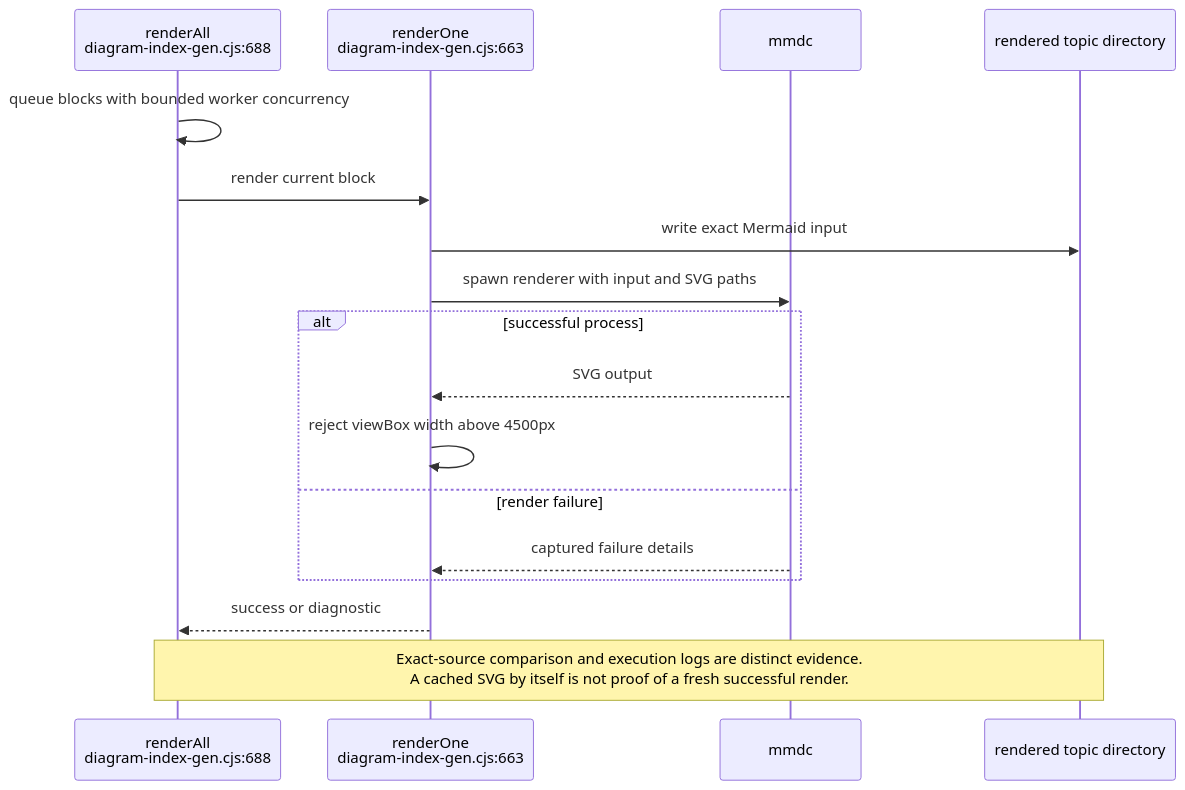
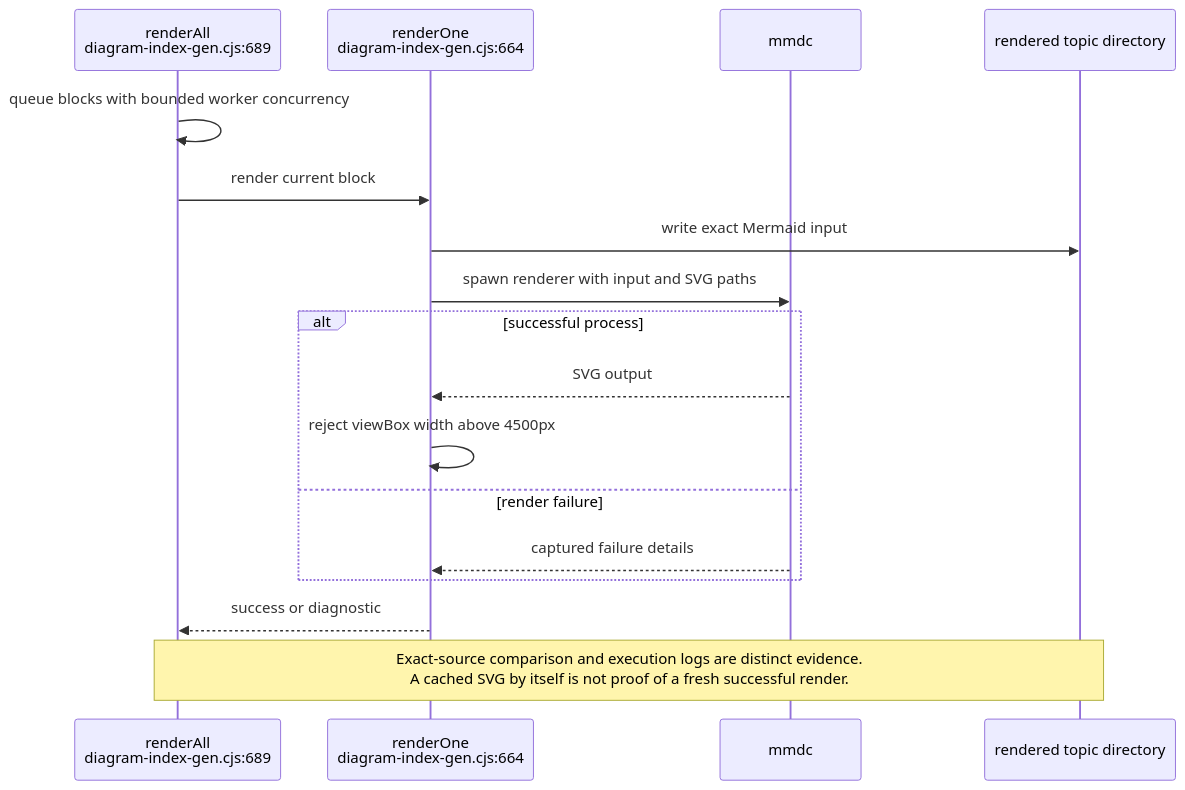
One commit to DreamLab-AI/VisionFlow changed diagram 11 of 14 in docs/diagrams/visionflow/06-diagram-tooling.md. Above: the diagram before and after it, drawn with Mermaid. The commit also changed other lines of this file and 80 other files, not shown here.

First line of the commit message:
docs(diagrams): re-verify the agentbox, dreamlab, estate and visionflow corpus against current sources

````diff
--- a/docs/diagrams/visionflow/06-diagram-tooling.md
+++ b/docs/diagrams/visionflow/06-diagram-tooling.md
@@ -355,19 +355,19 @@
 ```mermaid
 sequenceDiagram
-    participant G as renderAll<br/>diagram-index-gen.cjs:688
-    participant R as renderOne<br/>diagram-index-gen.cjs:663
+    participant G as renderAll<br/>diagram-index-gen.cjs:689
+    participant R as renderOne<br/>diagram-index-gen.cjs:664
     participant M as mmdc
     participant O as rendered topic directory
     G->>G: queue blocks with bounded worker concurrency
     G->>R: render current block
     R->>O: write exact Mermaid input
     R->>M: spawn renderer with input and SVG paths
     alt successful process
         M-->>R: SVG output
         R->>R: reject viewBox width above 4500px
     else render failure
         M-->>R: captured failure details
     end
     R-->>G: success or diagnostic
     Note over G,O: Exact-source comparison and execution logs are distinct evidence.<br/>A cached SVG by itself is not proof of a fresh successful render.
 ```
````
